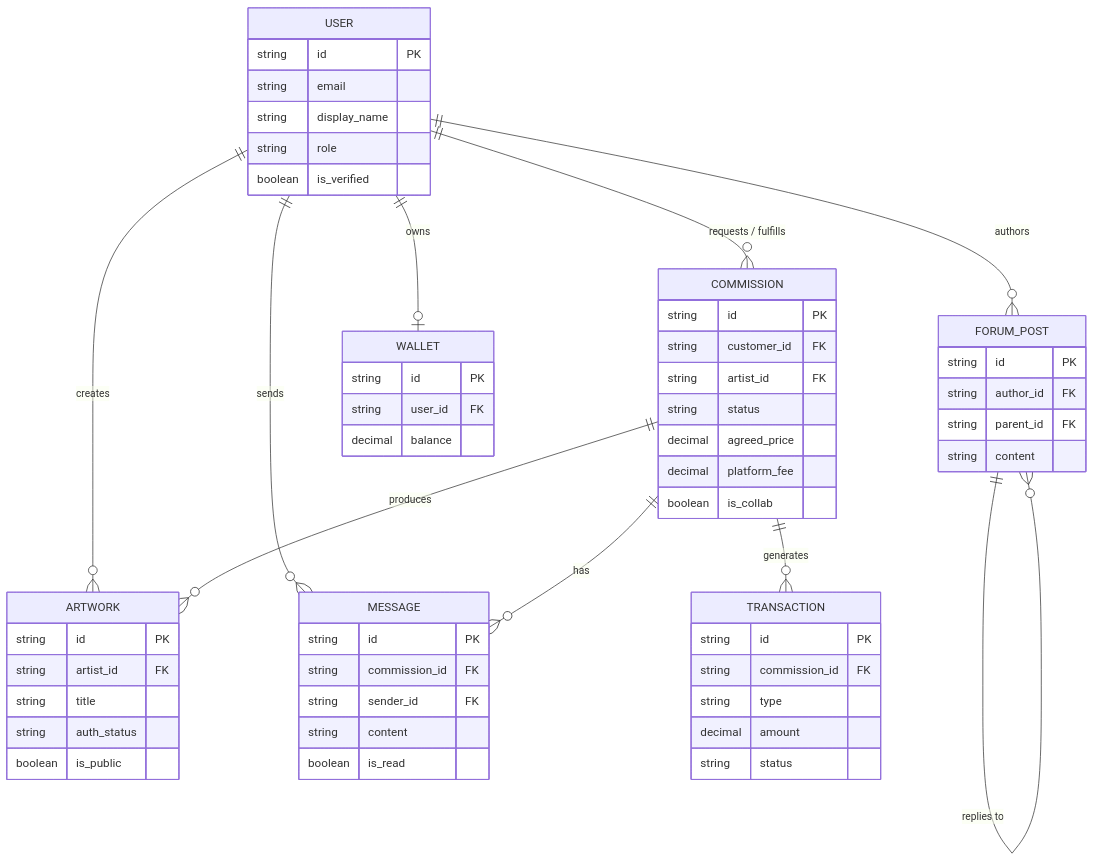
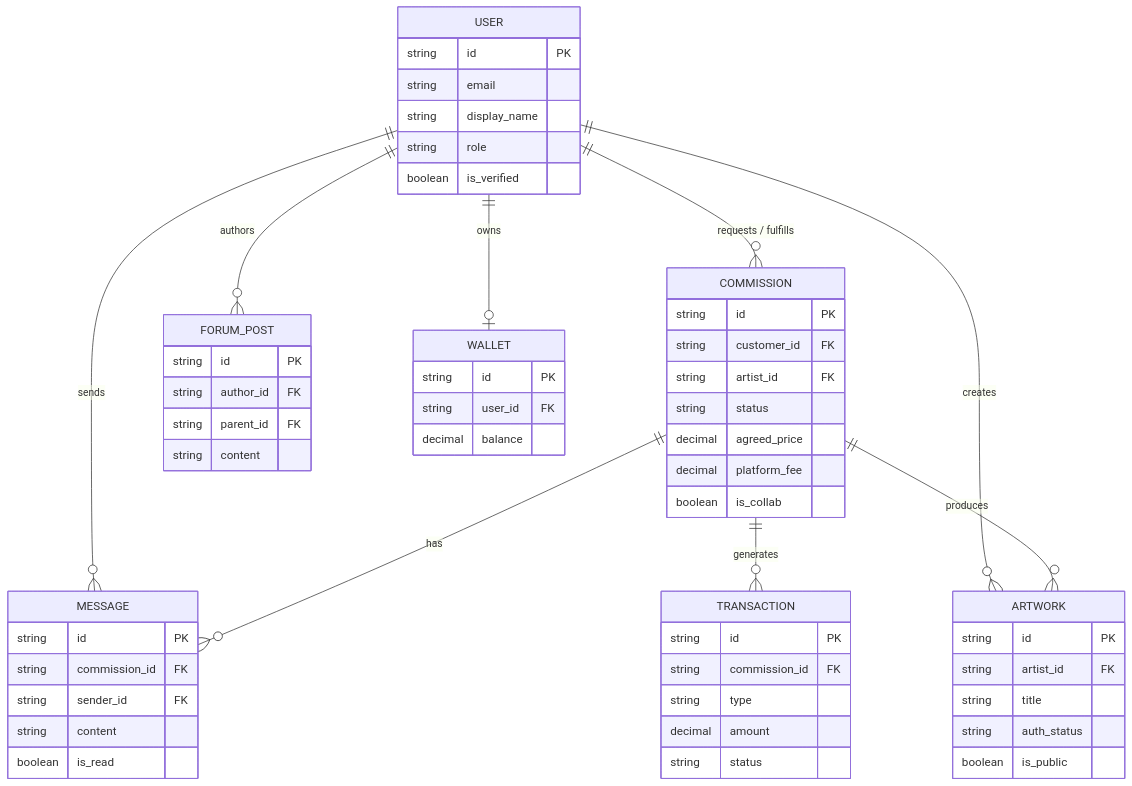
Before and after one commit to binssente-crypto/OMMA-DOCU: the diagram in README.md, drawn with Mermaid. The commit also changed other lines of this file, not shown here.

````diff
--- a/README.md
+++ b/README.md
@@ -3,67 +1,66 @@
 ```mermaid
 erDiagram
     USER {
         string id PK
         string email
         string display_name
         string role
         boolean is_verified
     }
 
     COMMISSION {
         string id PK
         string customer_id FK
         string artist_id FK
         string status
         decimal agreed_price
         decimal platform_fee
         boolean is_collab
     }
 
     ARTWORK {
         string id PK
         string artist_id FK
         string title
         string auth_status
         boolean is_public
     }
 
     MESSAGE {
         string id PK
         string commission_id FK
         string sender_id FK
         string content
         boolean is_read
     }
 
     TRANSACTION {
         string id PK
         string commission_id FK
         string type
         decimal amount
         string status
     }
 
     FORUM_POST {
         string id PK
         string author_id FK
         string parent_id FK
         string content
     }
 
     WALLET {
         string id PK
         string user_id FK
         decimal balance
     }
 
     USER ||--o{ COMMISSION : "requests / fulfills"
     USER ||--o{ ARTWORK : "creates"
     USER ||--o{ MESSAGE : "sends"
     USER ||--o{ FORUM_POST : "authors"
     USER ||--o| WALLET : "owns"
     COMMISSION ||--o{ MESSAGE : "has"
     COMMISSION ||--o{ TRANSACTION : "generates"
     COMMISSION ||--o{ ARTWORK : "produces"
-    FORUM_POST ||--o{ FORUM_POST : "replies to"
 ```
````
